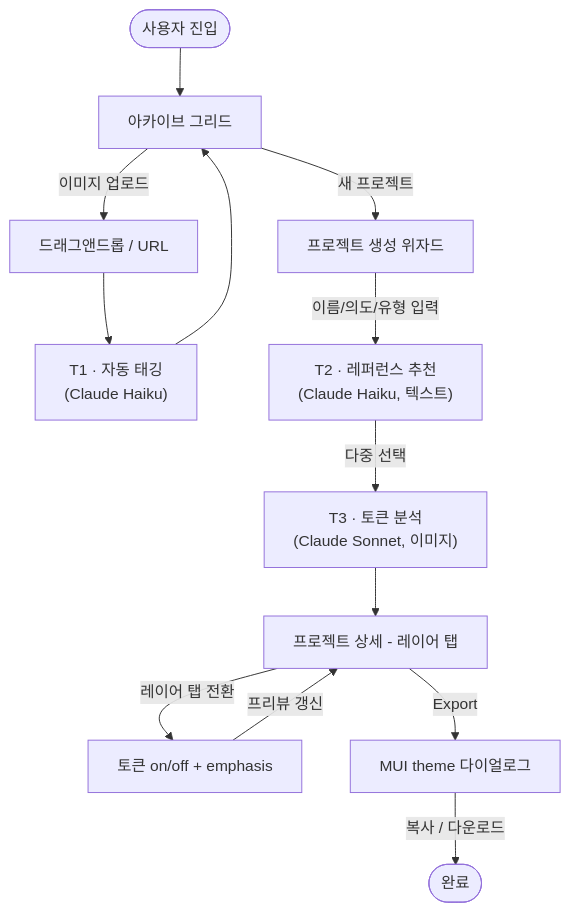
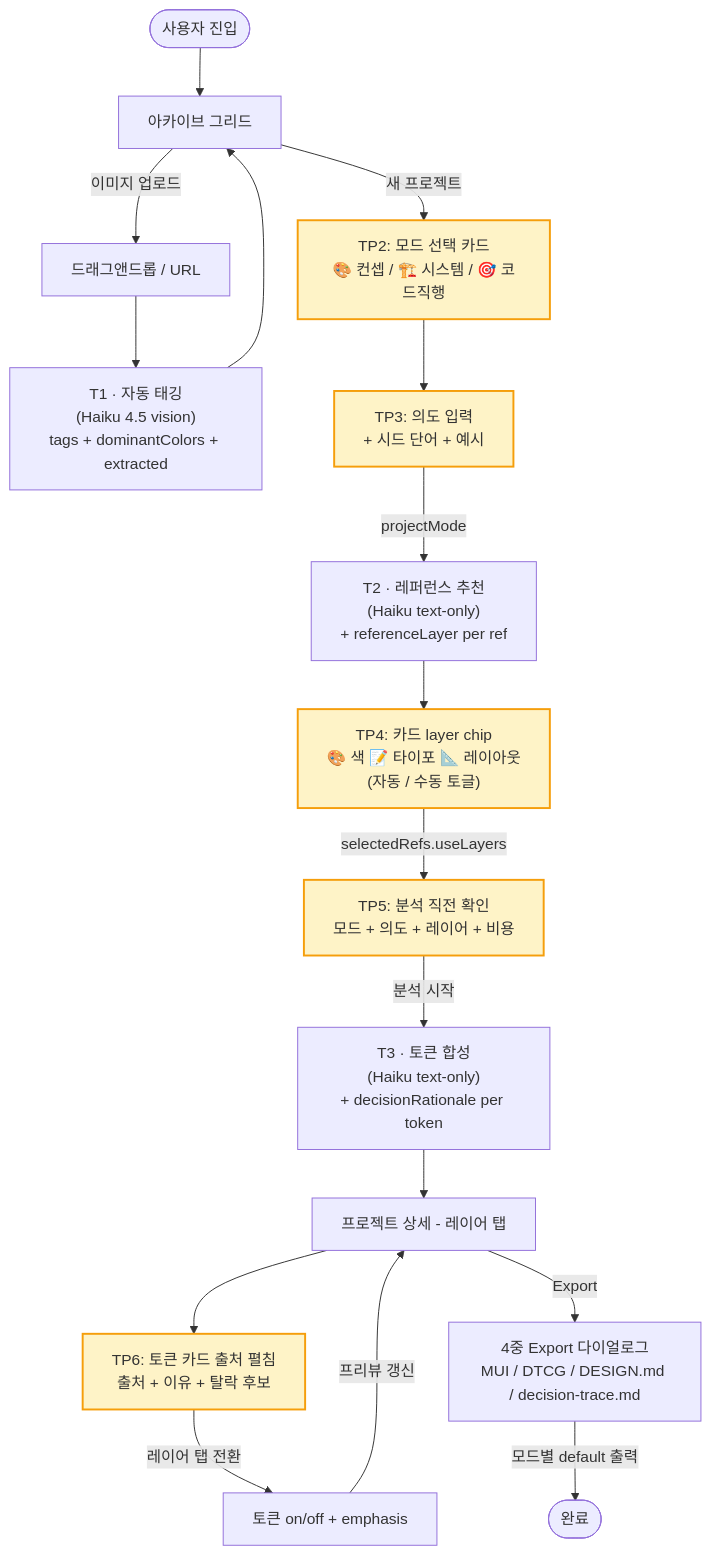
One commit to groovelb/vdl-online-3rd-muse-completed changed the diagram in docs/muse/02-ux-flow.md. Above: the diagram before and after it, drawn with Mermaid. The commit also changed other lines of this file and 43 other files, not shown here.

Commit message:
feat: implement ReferenceLayerChipRow, ModeSelectCard, IntentSeedField, and AnalysisConfirmBox components with associated stories and project flow updates.

````diff
--- a/docs/muse/02-ux-flow.md
+++ b/docs/muse/02-ux-flow.md
@@ -56,18 +93,25 @@
 ```mermaid
 flowchart TD
     Start([사용자 진입]) --> Archive[아카이브 그리드]
     Archive -->|이미지 업로드| Upload[드래그앤드롭 / URL]
-    Upload --> AutoTag["T1 · 자동 태깅<br/>(Claude Haiku)"]
+    Upload --> AutoTag["T1 · 자동 태깅<br/>(Haiku 4.5 vision)<br/>tags + dominantColors + extracted"]
     AutoTag --> Archive
 
-    Archive -->|새 프로젝트| NewProj[프로젝트 생성 위자드]
-    NewProj -->|이름/의도/유형 입력| Recommend["T2 · 레퍼런스 추천<br/>(Claude Haiku, 텍스트)"]
-    Recommend -->|다중 선택| Analyze["T3 · 토큰 분석<br/>(Claude Sonnet, 이미지)"]
+    Archive -->|새 프로젝트| TP2["TP2: 모드 선택 카드<br/>🎨 컨셉 / 🏗️ 시스템 / 🎯 코드직행"]
+    TP2 --> TP3["TP3: 의도 입력<br/>+ 시드 단어 + 예시"]
+    TP3 -->|projectMode| Recommend["T2 · 레퍼런스 추천<br/>(Haiku text-only)<br/>+ referenceLayer per ref"]
+    Recommend --> TP4["TP4: 카드 layer chip<br/>🎨 색  📝 타이포  📐 레이아웃<br/>(자동 / 수동 토글)"]
+    TP4 -->|selectedRefs.useLayers| TP5["TP5: 분석 직전 확인<br/>모드 + 의도 + 레이어 + 비용"]
+    TP5 -->|분석 시작| Analyze["T3 · 토큰 합성<br/>(Haiku text-only)<br/>+ decisionRationale per token"]
     Analyze --> Detail[프로젝트 상세 - 레이어 탭]
 
-    Detail -->|레이어 탭 전환| Edit[토큰 on/off + emphasis]
+    Detail --> TP6["TP6: 토큰 카드 출처 펼침<br/>출처 + 이유 + 탈락 후보"]
+    TP6 -->|레이어 탭 전환| Edit[토큰 on/off + emphasis]
     Edit -->|프리뷰 갱신| Detail
 
-    Detail -->|Export| ExportDlg[MUI theme 다이얼로그]
-    ExportDlg -->|복사 / 다운로드| Done([완료])
+    Detail -->|Export| ExportDlg["4중 Export 다이얼로그<br/>MUI / DTCG / DESIGN.md / decision-trace.md"]
+    ExportDlg -->|모드별 default 출력| Done([완료])
+
+    classDef tp fill:#fef3c7,stroke:#f59e0b,stroke-width:2px;
+    class TP2,TP3,TP4,TP5,TP6 tp;
 ```
````
